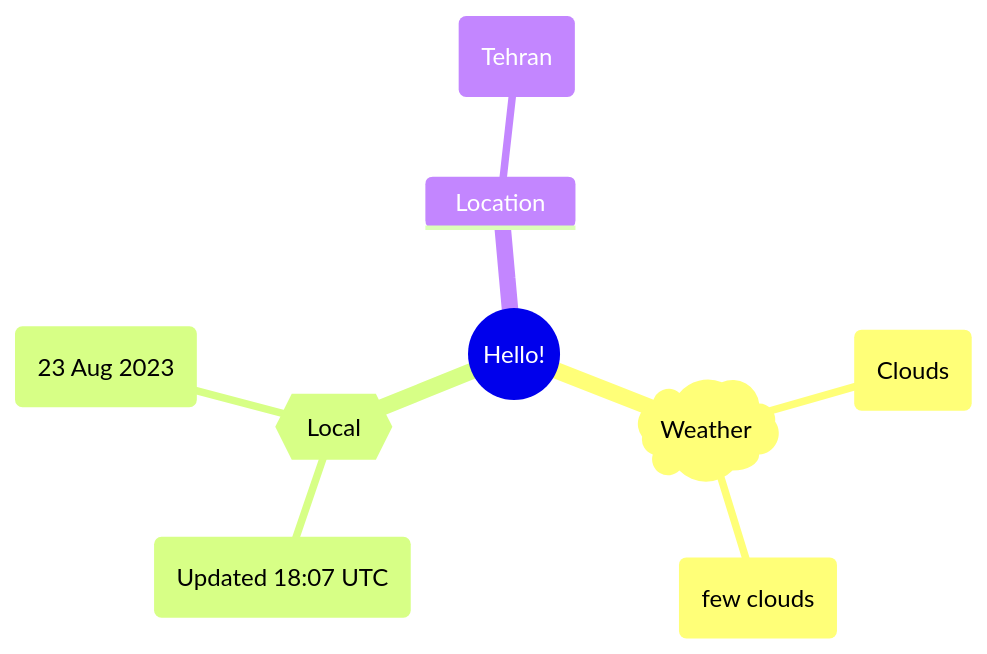
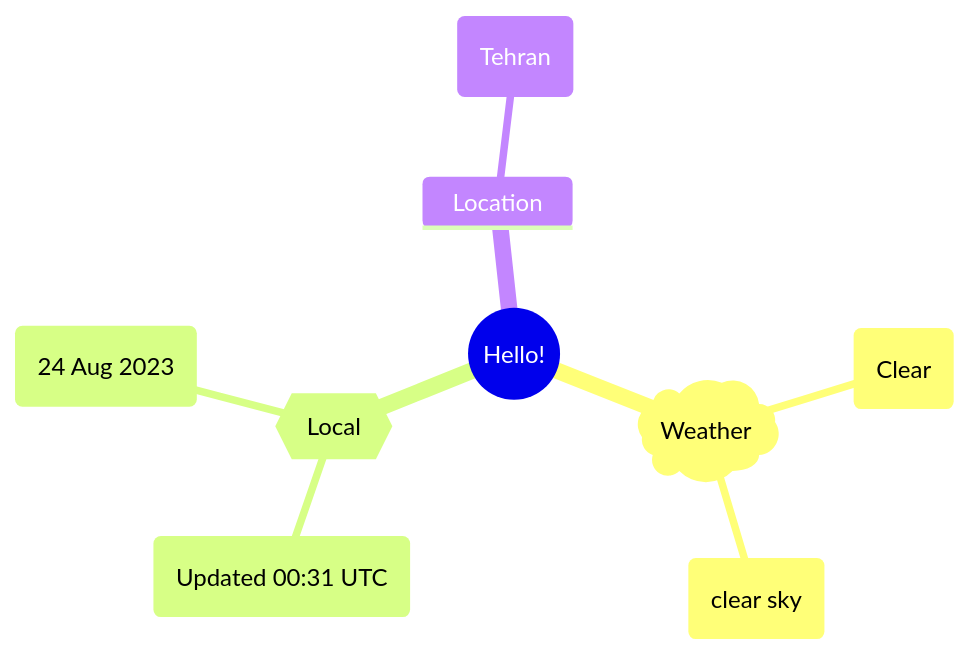
One commit to Xosrov/Xosrov changed the first of 2 diagrams in README.md. Above: the diagram before and after it, drawn with Mermaid.

Commit message:
[bot] updated images

````diff
--- a/README.md
+++ b/README.md
@@ -3,12 +3,12 @@
 ```mermaid
 mindmap
   root((Hello!))
     )Weather(
-        (Clouds)
-        (few clouds)
+        (Clear)
+        (clear sky)
     {{Local}}
-        (Updated 18:07 UTC)
-        (23 Aug 2023)
+        (Updated 00:31 UTC)
+        (24 Aug 2023)
     Location
         (Tehran)
 ```
````
